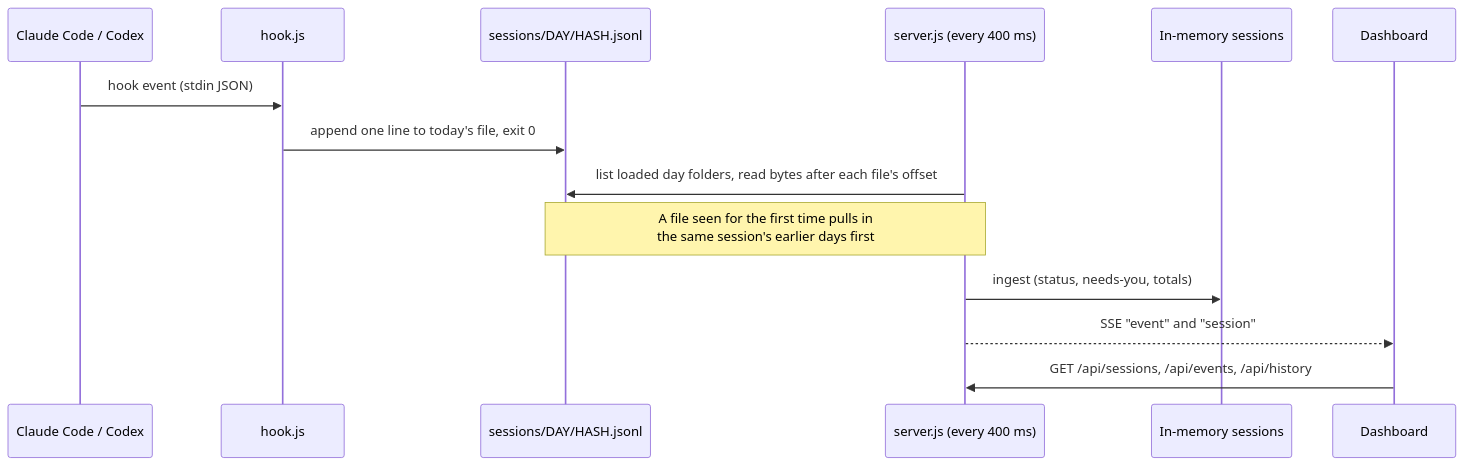
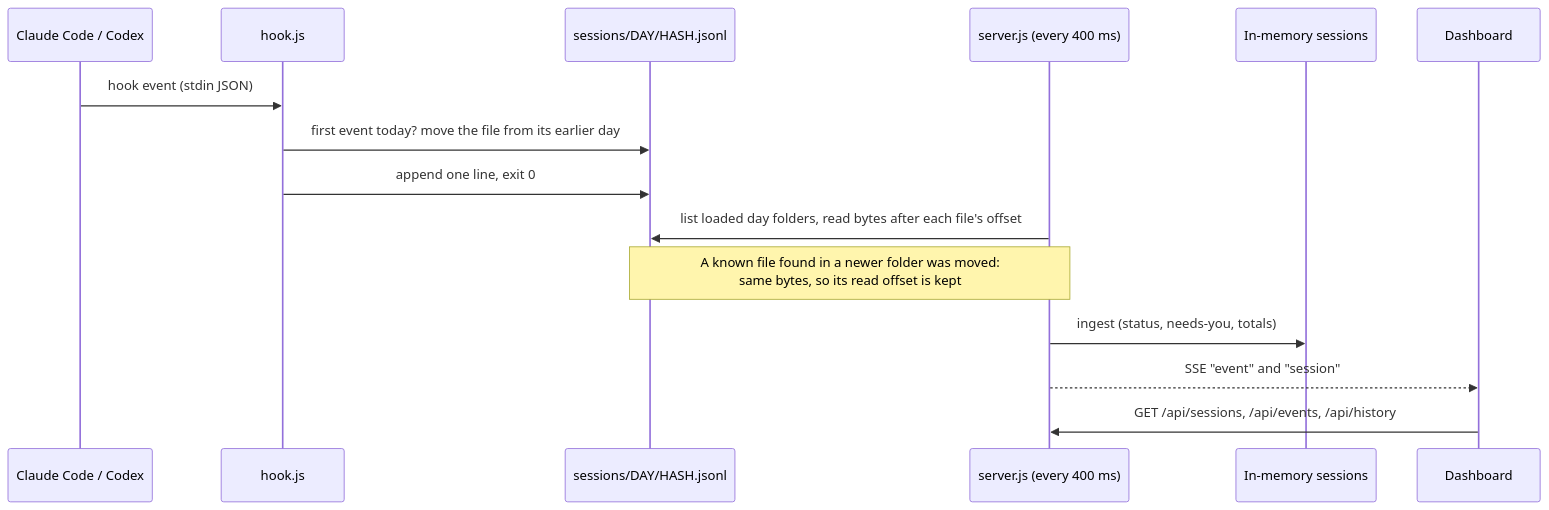
One commit to adrianstanek/session-observer changed the second of 3 diagrams in README.md. Above: the diagram before and after it, drawn with Mermaid. The commit also changed other lines of this file and 4 other files, not shown here.

First line of the commit message:
feat: keep each session in one file, in its last active day

```diff
--- a/README.md
+++ b/README.md
@@ -61,16 +61,17 @@
 ~~~mermaid
 sequenceDiagram
   participant A as Claude Code / Codex
   participant H as hook.js
   participant F as sessions/DAY/HASH.jsonl
   participant S as server.js (every 400 ms)
   participant M as In-memory sessions
   participant D as Dashboard
   A->>H: hook event (stdin JSON)
-  H->>F: append one line to today's file, exit 0
+  H->>F: first event today? move the file from its earlier day
+  H->>F: append one line, exit 0
   S->>F: list loaded day folders, read bytes after each file's offset
-  Note over S,F: A file seen for the first time pulls in<br/>the same session's earlier days first
+  Note over S,F: A known file found in a newer folder was moved:<br/>same bytes, so its read offset is kept
   S->>M: ingest (status, needs-you, totals)
   S-->>D: SSE "event" and "session"
   D->>S: GET /api/sessions, /api/events, /api/history
 ~~~
```
